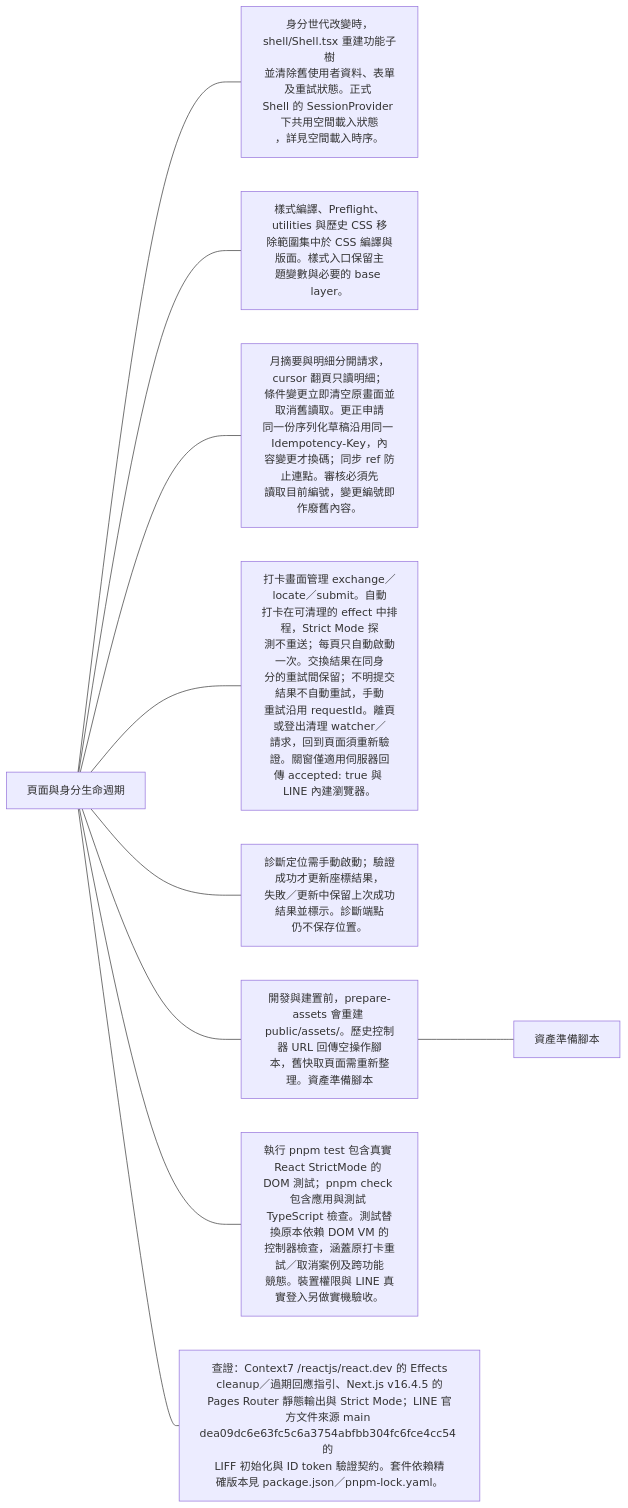
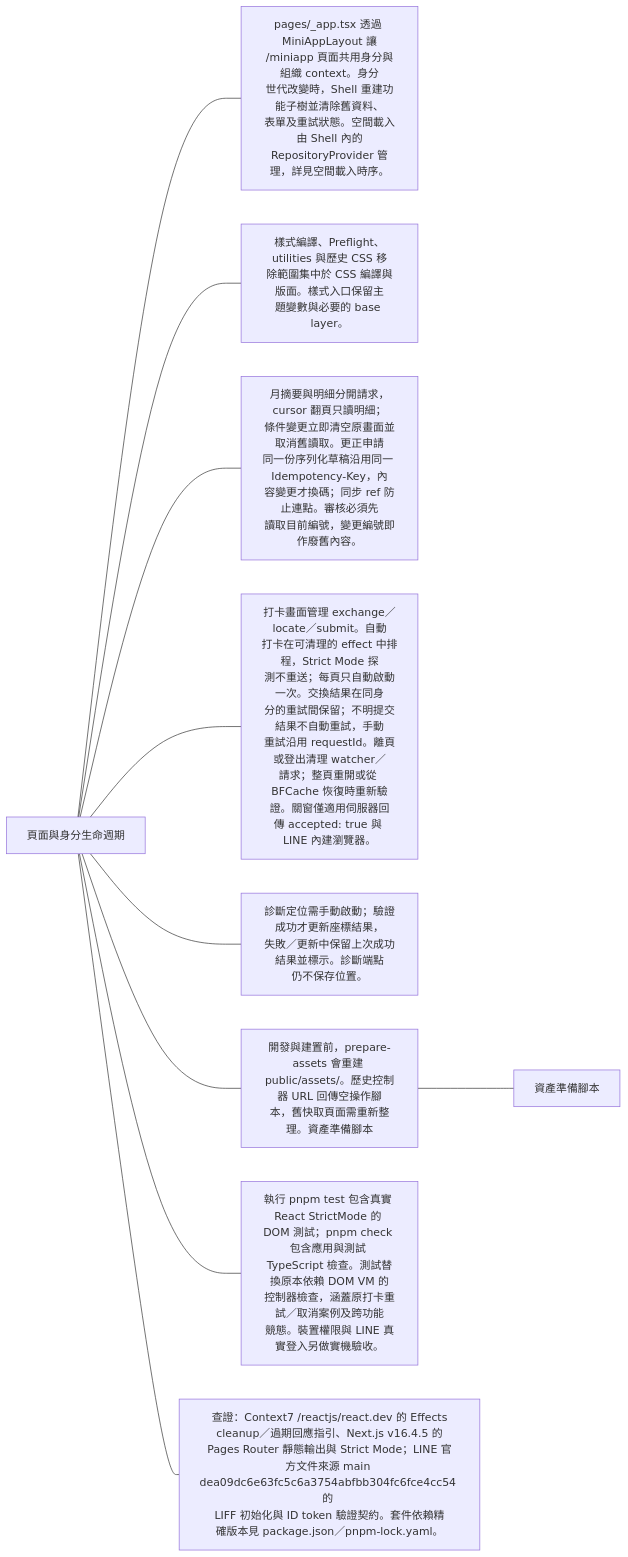
One commit to 963sup/line-mini-app-bot changed the third of 3 diagrams in docs/architecture/runtime/react-lifecycle.md. Above: the diagram before and after it, drawn with Mermaid. The commit also changed other lines of this file and 15 other files, not shown here.

Commit message:
Preserve MINI App sessions across organization switches

````diff
--- a/docs/architecture/runtime/react-lifecycle.md
+++ b/docs/architecture/runtime/react-lifecycle.md
@@ -31,16 +31,16 @@
 ```mermaid
 flowchart LR
   h["頁面與身分生命週期"]
-  h --- n0["身分世代改變時，shell/Shell.tsx 重建功能子樹<br/>並清除舊使用者資料、表單及重試狀態。正式 <br/>Shell 的 SessionProvider 下共用空間載入狀態<br/>，詳見空間載入時序。"]
+  h --- n0["pages/_app.tsx 透過 MiniAppLayout 讓<br/>/miniapp 頁面共用身分與組織 context。身分<br/>世代改變時，Shell 重建功能子樹並清除舊資料、<br/>表單及重試狀態。空間載入由 Shell 內的<br/>RepositoryProvider 管理，詳見空間載入時序。"]
   click n0 "../../domains/repository/README.md#空間載入時序"
   h --- n1["樣式編譯、Preflight、utilities 與歷史 CSS 移<br/>除範圍集中於 CSS 編譯與版面。樣式入口保留主<br/>題變數與必要的 base layer。"]
   click n1 "../../development/tooling/mcp/shadcn.md#css-編譯與版面"
   h --- n2["月摘要與明細分開請求，cursor 翻頁只讀明細；<br/>條件變更立即清空原畫面並取消舊讀取。更正申請<br/>同一份序列化草稿沿用同一 Idempotency-Key，內<br/>容變更才換碼；同步 ref 防止連點。審核必須先<br/>讀取目前編號，變更編號即作廢舊內容。"]
-  h --- n3["打卡畫面管理 exchange／locate／submit。自動<br/>打卡在可清理的 effect 中排程，Strict Mode 探<br/>測不重送；每頁只自動啟動一次。交換結果在同身<br/>分的重試間保留；不明提交結果不自動重試，手動<br/>重試沿用 requestId。離頁或登出清理 watcher／<br/>請求，回到頁面須重新驗證。關窗僅適用伺服器回<br/>傳 accepted: true 與 LINE 內建瀏覽器。"]
+  h --- n3["打卡畫面管理 exchange／locate／submit。自動<br/>打卡在可清理的 effect 中排程，Strict Mode 探<br/>測不重送；每頁只自動啟動一次。交換結果在同身<br/>分的重試間保留；不明提交結果不自動重試，手動<br/>重試沿用 requestId。離頁或登出清理 watcher／<br/>請求；整頁重開或從 BFCache 恢復時重新驗證。關窗僅適用伺服器回<br/>傳 accepted: true 與 LINE 內建瀏覽器。"]
   h --- n4["診斷定位需手動啟動；驗證成功才更新座標結果，<br/>失敗／更新中保留上次成功結果並標示。診斷端點<br/>仍不保存位置。"]
   h --- n5["開發與建置前，prepare-assets 會重建 <br/>public/assets/。歷史控制器 URL 回傳空操作腳<br/>本，舊快取頁面需重新整理。資產準備腳本"]
   n5 --- n5l0["資產準備腳本"]
   click n5l0 "../../../scripts/tooling/prepare-miniapp-assets.mts"
   h --- n6["執行 pnpm test 包含真實 React StrictMode 的 <br/>DOM 測試；pnpm check 包含應用與測試 <br/>TypeScript 檢查。測試替換原本依賴 DOM VM 的<br/>控制器檢查，涵蓋原打卡重試／取消案例及跨功能<br/>競態。裝置權限與 LINE 真實登入另做實機驗收。"]
   h --- n7["查證：Context7 /reactjs/react.dev 的 Effects<br/> cleanup／過期回應指引、Next.js v16.4.5 的 <br/>Pages Router 靜態輸出與 Strict Mode；LINE 官<br/>方文件來源 main <br/>dea09dc6e63fc5c6a3754abfbb304fc6fce4cc54 的 <br/>LIFF 初始化與 ID token 驗證契約。套件依賴精<br/>確版本見 package.json／pnpm-lock.yaml。"]
 ```
````
